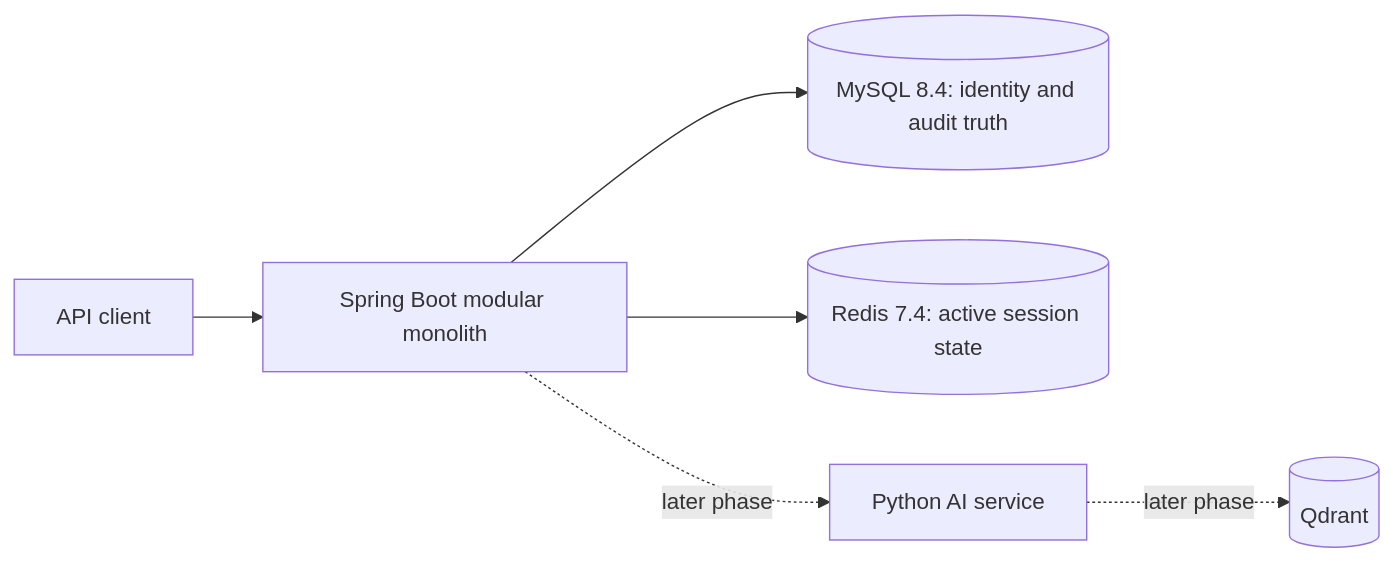
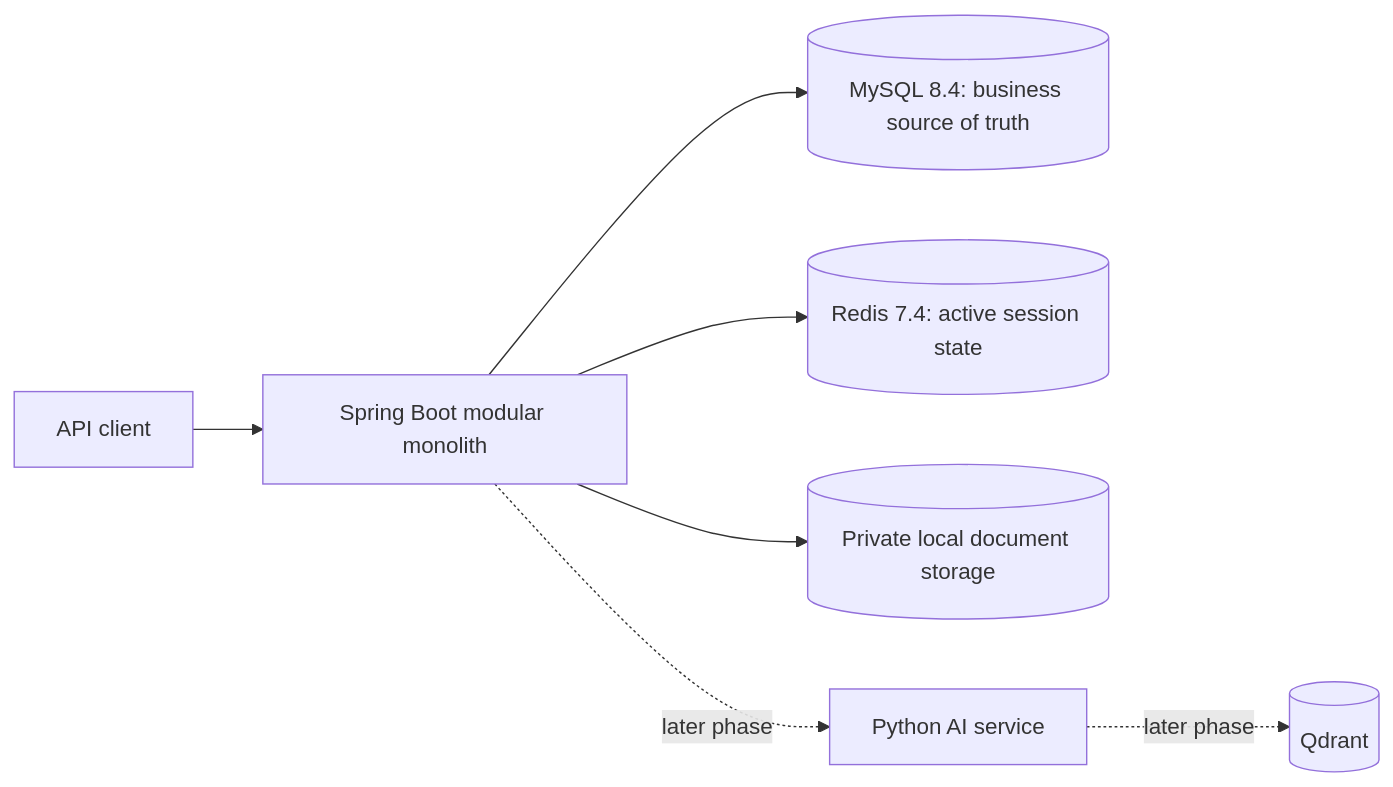
One commit to YUKANN518/KnowledgeOps changed the diagram in README.md. Above: the diagram before and after it, drawn with Mermaid. The commit also changed other lines of this file and 37 other files, not shown here.

````diff
--- a/README.md
+++ b/README.md
@@ -24,8 +21,9 @@
 ```mermaid
 flowchart LR
   C[API client] --> J[Spring Boot modular monolith]
-  J --> M[(MySQL 8.4: identity and audit truth)]
+  J --> M[(MySQL 8.4: business source of truth)]
   J --> R[(Redis 7.4: active session state)]
+  J --> F[(Private local document storage)]
   J -. later phase .-> P[Python AI service]
   P -. later phase .-> Q[(Qdrant)]
 ```
````
